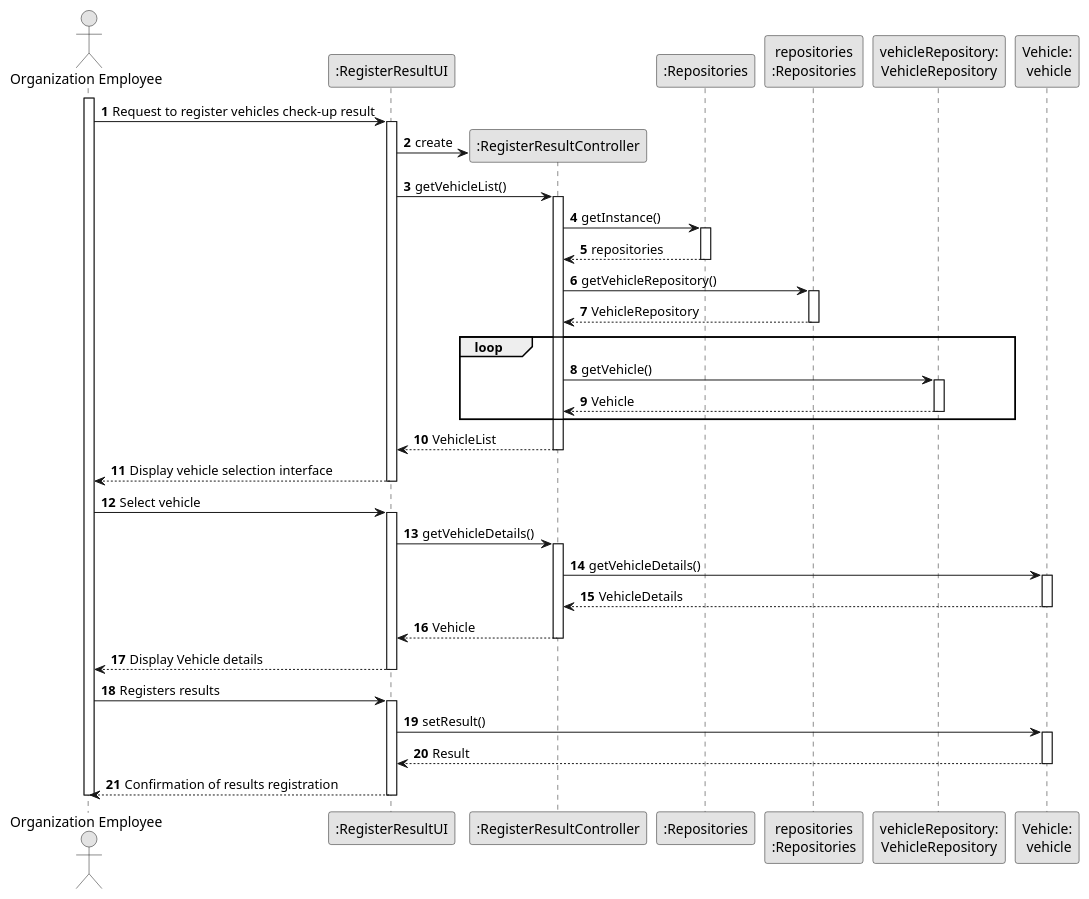
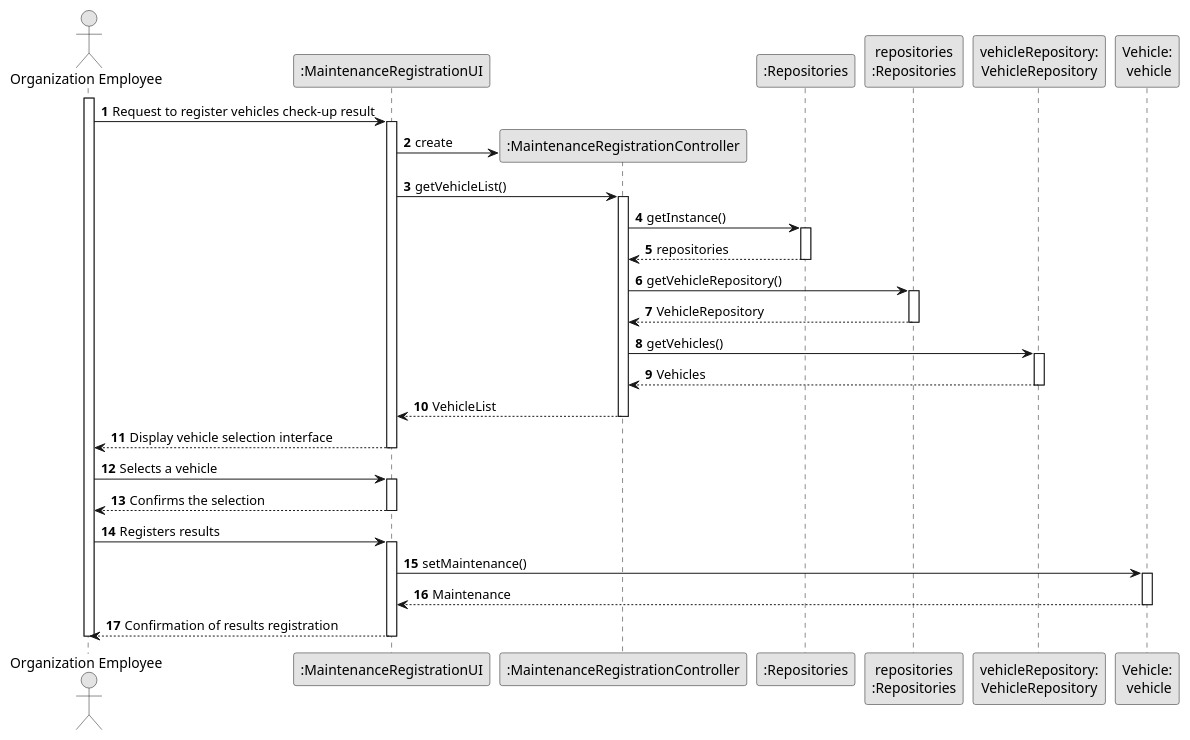
One commit to Departamento-de-Engenharia-Informatica/lei-24-s2-1df-1de-g063 changed the diagram in docs/sprintB/us007/03.design/puml/us007-sequence-diagram-full.puml. Above: the diagram before and after it, drawn with PlantUML. The commit also changed 13 other files, not shown here.

```diff
--- a/docs/sprintB/us007/03.design/puml/us007-sequence-diagram-full.puml
+++ b/docs/sprintB/us007/03.design/puml/us007-sequence-diagram-full.puml
@@ -1,84 +1,73 @@
 @startuml
 skinparam monochrome true
 skinparam packageStyle rectangle
 skinparam shadowing false
 
 autonumber
 
 'hide footbox
 actor "Organization Employee" as ADM
-participant ":RegisterResultUI" as UI
-participant ":RegisterResultController" as CTRL
+participant ":MaintenanceRegistrationUI" as UI
+participant ":MaintenanceRegistrationController" as CTRL
 participant ":Repositories" as RepositorySingleton
 participant "repositories\n:Repositories" as PLAT
 participant "vehicleRepository:\nVehicleRepository" as VehicleRepository
 participant "Vehicle:\n vehicle" as Vehicle
 activate ADM
 
-        ADM -> UI : Request to register vehicles check-up result
+    ADM -> UI : Request to register vehicles check-up result
 
-        activate UI
-
-            UI -> CTRL** : create
-
-            UI -> CTRL : getVehicleList()
-            activate CTRL
-
-                CTRL -> RepositorySingleton : getInstance()
-                activate RepositorySingleton
-
-                    RepositorySingleton --> CTRL: repositories
-                deactivate RepositorySingleton
-
-                CTRL -> PLAT : getVehicleRepository()
-                activate PLAT
-
-                    PLAT --> CTRL: VehicleRepository
-                deactivate PLAT
-                loop
-                    CTRL -> VehicleRepository : getVehicle()
-                    activate VehicleRepository
-
-                        VehicleRepository --> CTRL : Vehicle
-                    deactivate VehicleRepository
-                end
-
-                CTRL --> UI : VehicleList
-            deactivate CTRL
-
-            UI --> ADM : Display vehicle selection interface
-        deactivate UI
-
-    ADM -> UI : Select vehicle
     activate UI
 
-        UI -> CTRL : getVehicleDetails()
+        UI -> CTRL** : create
+
+        UI -> CTRL : getVehicleList()
         activate CTRL
 
-            CTRL -> Vehicle : getVehicleDetails()
-            activate Vehicle
+            CTRL -> RepositorySingleton : getInstance()
+            activate RepositorySingleton
 
-                Vehicle --> CTRL : VehicleDetails
-            deactivate Vehicle
+                RepositorySingleton --> CTRL: repositories
+            deactivate RepositorySingleton
 
-        CTRL --> UI : Vehicle
+            CTRL -> PLAT : getVehicleRepository()
+            activate PLAT
+
+                PLAT --> CTRL: VehicleRepository
+            deactivate PLAT
+
+            CTRL -> VehicleRepository : getVehicles()
+            activate VehicleRepository
+
+                VehicleRepository --> CTRL : Vehicles
+            deactivate VehicleRepository
+
+
+            CTRL --> UI : VehicleList
         deactivate CTRL
-        UI --> ADM : Display Vehicle details
+
+        UI --> ADM : Display vehicle selection interface
+    deactivate UI
+
+    ADM -> UI : Selects a vehicle
+    activate UI
+
+        UI --> ADM :Confirms the selection
     deactivate UI
 
     ADM -> UI : Registers results
     activate UI
 
-        UI -> Vehicle : setResult()
+        UI -> Vehicle : setMaintenance()
         activate Vehicle
 
-        Vehicle --> UI : Result
+        Vehicle --> UI : Maintenance
         deactivate Vehicle
         UI --> ADM : Confirmation of results registration
     deactivate UI
 
 
 
 deactivate ADM
 
 @enduml
```
